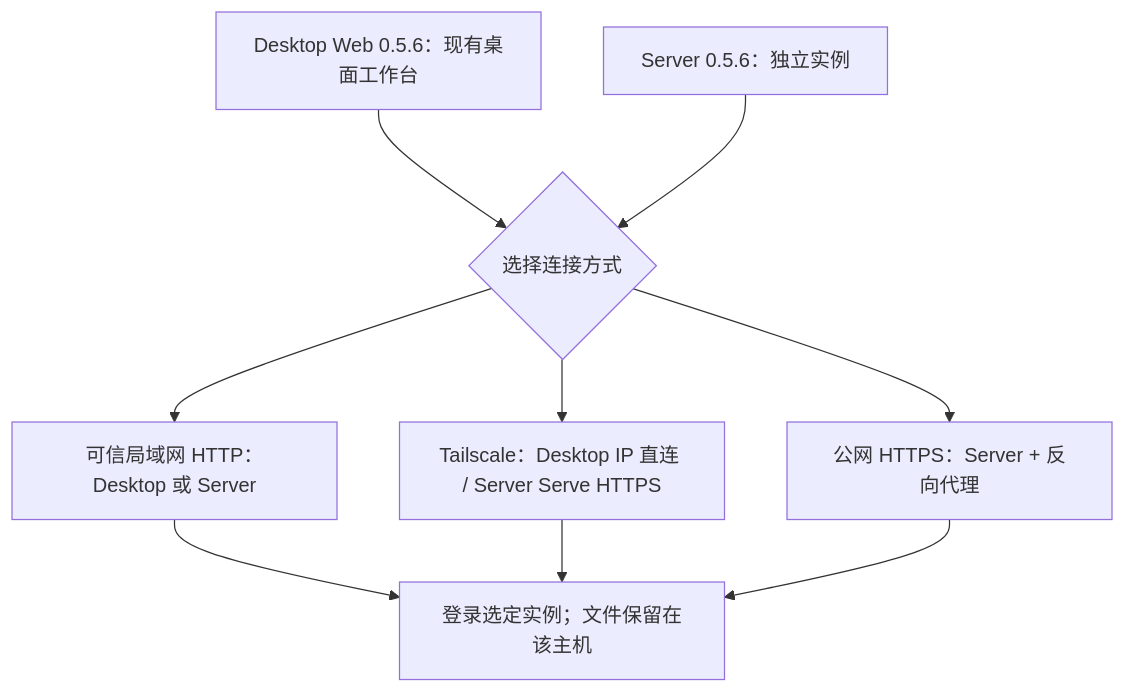
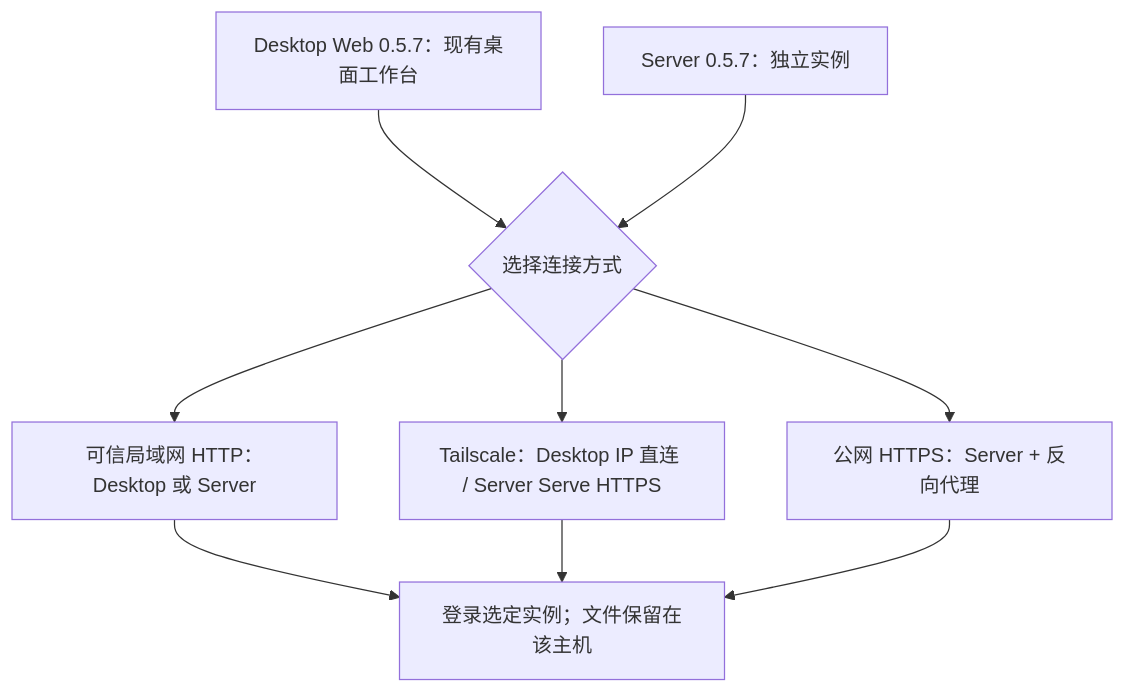
The diagram in website/site/public/assets/diagrams/deployment-choice-zh.mmd (murray17/rovai-ai), drawn with Mermaid before and after one commit. The commit also changed 10 other files, not shown here.

```diff
--- a/website/site/public/assets/diagrams/deployment-choice-zh.mmd
+++ b/website/site/public/assets/diagrams/deployment-choice-zh.mmd
@@ -1,12 +1,12 @@
 flowchart TB
-  desktop["Desktop Web 0.5.6：现有桌面工作台"]
-  server["Server 0.5.6：独立实例"]
+  desktop["Desktop Web 0.5.7：现有桌面工作台"]
+  server["Server 0.5.7：独立实例"]
   choice{"选择连接方式"}
   desktop --> choice
   server --> choice
   choice --> lan["可信局域网 HTTP：Desktop 或 Server"]
   choice --> ts["Tailscale：Desktop IP 直连 / Server Serve HTTPS"]
   choice --> public["公网 HTTPS：Server + 反向代理"]
   lan --> login["登录选定实例；文件保留在该主机"]
   ts --> login
   public --> login
```
